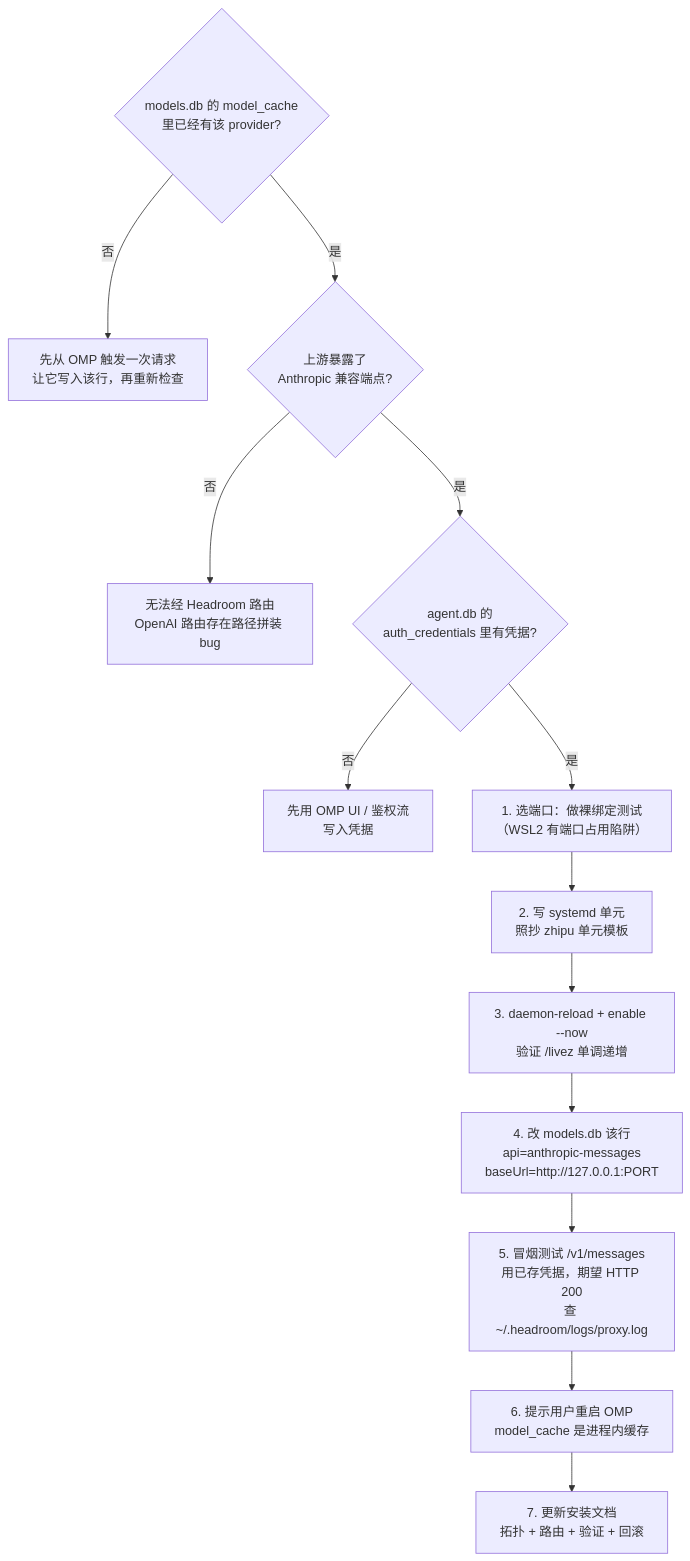
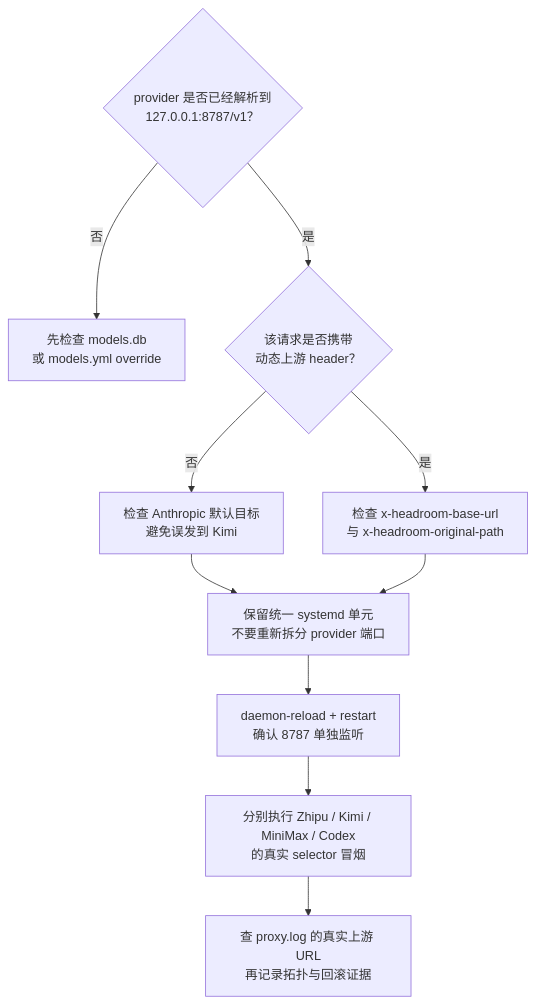
The third of 6 diagrams in src/content/note/zh-cn/omp-config-and-rules-guide.md (DavidHLP/DavidHLP.github.io), drawn with Mermaid before and after one commit. The commit also changed other lines of this file and 11 other files, not shown here.

First line of the commit message:
docs(note): expand OMP and Headroom guides

````diff
--- a/src/content/note/zh-cn/omp-config-and-rules-guide.md
+++ b/src/content/note/zh-cn/omp-config-and-rules-guide.md
@@ -294,16 +295,13 @@
 ```mermaid
 flowchart TD
-  Q1{"models.db 的 model_cache<br/>里已经有该 provider?"}
-  Q1 -- 否 --> T1["先从 OMP 触发一次请求<br/>让它写入该行，再重新检查"]
-  Q1 -- 是 --> Q2{"上游暴露了<br/>Anthropic 兼容端点?"}
-  Q2 -- 否 --> STOP["无法经 Headroom 路由<br/>OpenAI 路由存在路径拼装 bug"]
-  Q2 -- 是 --> Q3{"agent.db 的<br/>auth_credentials 里有凭据?"}
-  Q3 -- 否 --> SEED["先用 OMP UI / 鉴权流<br/>写入凭据"]
-  Q3 -- 是 --> P1["1. 选端口：做裸绑定测试<br/>（WSL2 有端口占用陷阱）"]
-  P1 --> P2["2. 写 systemd 单元<br/>照抄 zhipu 单元模板"]
-  P2 --> P3["3. daemon-reload + enable --now<br/>验证 /livez 单调递增"]
-  P3 --> P4["4. 改 models.db 该行<br/>api=anthropic-messages<br/>baseUrl=http://127.0.0.1:PORT"]
-  P4 --> P5["5. 冒烟测试 /v1/messages<br/>用已存凭据，期望 HTTP 200<br/>查 ~/.headroom/logs/proxy.log"]
-  P5 --> P6["6. 提示用户重启 OMP<br/>model_cache 是进程内缓存"]
-  P6 --> P7["7. 更新安装文档<br/>拓扑 + 路由 + 验证 + 回滚"]
+  Q1{"provider 是否已经解析到<br/>127.0.0.1:8787/v1？"}
+  Q1 -- 否 --> T1["先检查 models.db<br/>或 models.yml override"]
+  Q1 -- 是 --> Q2{"该请求是否携带<br/>动态上游 header？"}
+  Q2 -- 否 --> D1["检查 Anthropic 默认目标<br/>避免误发到 Kimi"]
+  Q2 -- 是 --> P1["检查 x-headroom-base-url<br/>与 x-headroom-original-path"]
+  D1 --> P2["保留统一 systemd 单元<br/>不要重新拆分 provider 端口"]
+  P1 --> P2
+  P2 --> P3["daemon-reload + restart<br/>确认 8787 单独监听"]
+  P3 --> P4["分别执行 Zhipu / Kimi / MiniMax / Codex<br/>的真实 selector 冒烟"]
+  P4 --> P5["查 proxy.log 的真实上游 URL<br/>再记录拓扑与回滚证据"]
 ```
````
